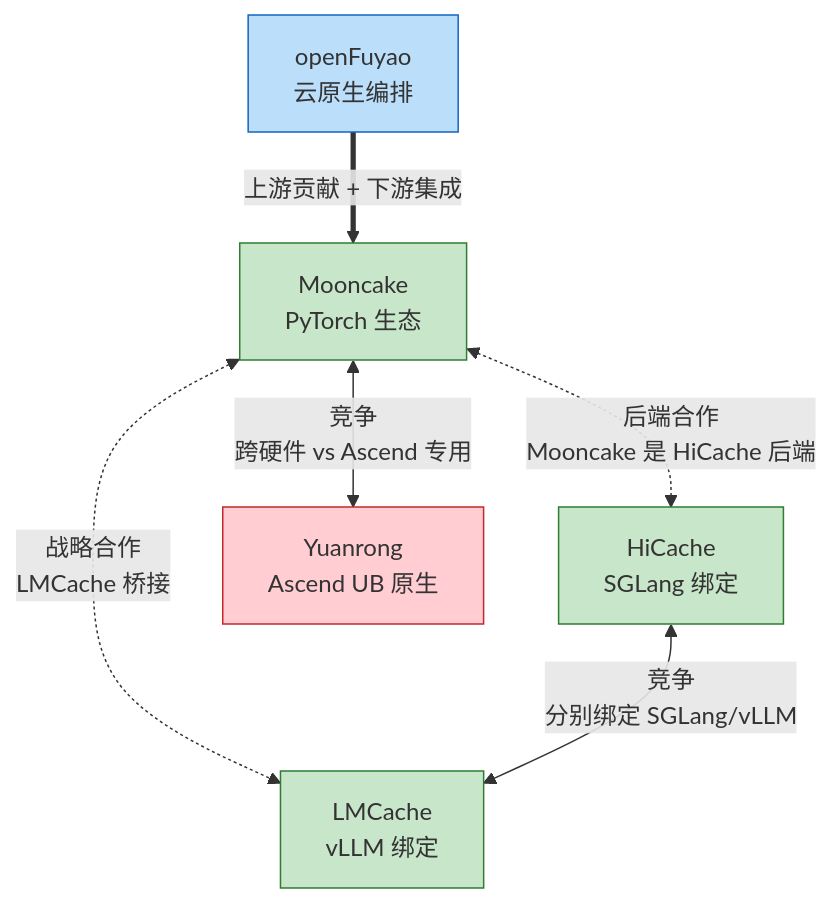
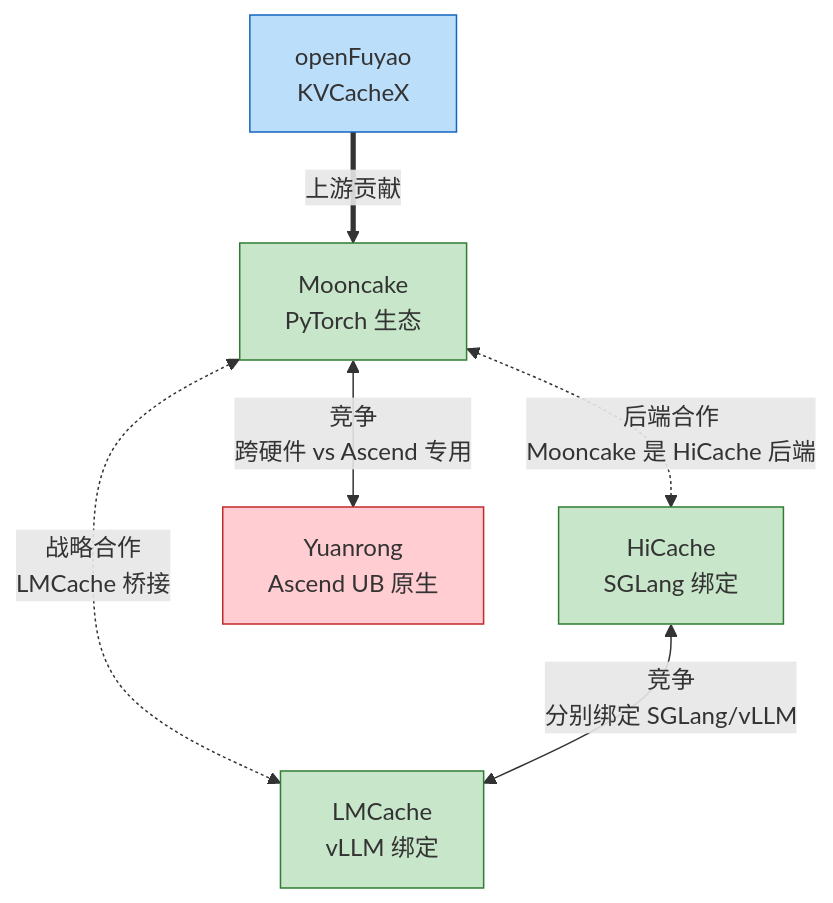
The seventh of 11 diagrams in docs/superpowers/briefings/2026-06-11-distributed-kvcache-executive-briefing.md (QJWang23/Mooncake), drawn with Mermaid before and after one commit.

````diff
--- a/docs/superpowers/briefings/2026-06-11-distributed-kvcache-executive-briefing.md
+++ b/docs/superpowers/briefings/2026-06-11-distributed-kvcache-executive-briefing.md
@@ -233,23 +233,23 @@
 ```mermaid
 graph TB
     MK["Mooncake<br/>PyTorch 生态"]
     HC["HiCache<br/>SGLang 绑定"]
     LMC["LMCache<br/>vLLM 绑定"]
     YR["Yuanrong<br/>Ascend UB 原生"]
-    OF["openFuyao<br/>云原生编排"]
+    OF["openFuyao<br/>KVCacheX"]
 
     MK <-.->|战略合作<br/>LMCache 桥接| LMC
     MK <-.->|后端合作<br/>Mooncake 是 HiCache 后端| HC
 
     HC <-->|竞争<br/>分别绑定 SGLang/vLLM| LMC
     MK <-->|竞争<br/>跨硬件 vs Ascend 专用| YR
 
-    OF ==>|上游贡献 + 下游集成| MK
+    OF ==>|上游贡献| MK
 
     classDef coop fill:#c8e6c9,stroke:#2e7d32
     classDef comp fill:#ffcdd2,stroke:#c62828
     classDef supply fill:#bbdefb,stroke:#1565c0
     class MK,LMC,HC coop
     class YR comp
     class OF supply
 ```
````
